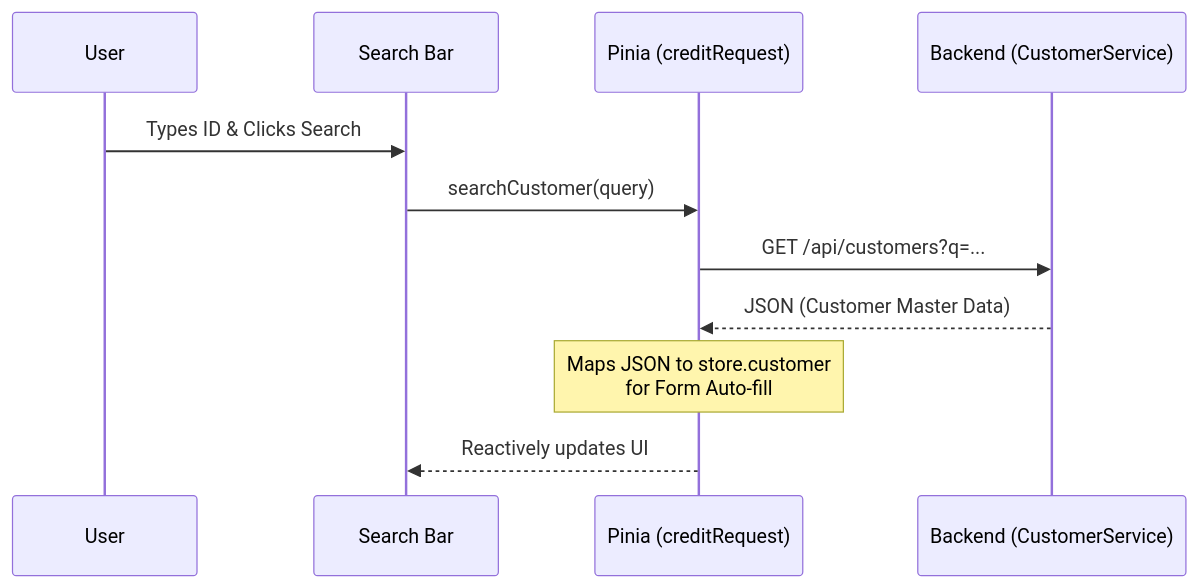
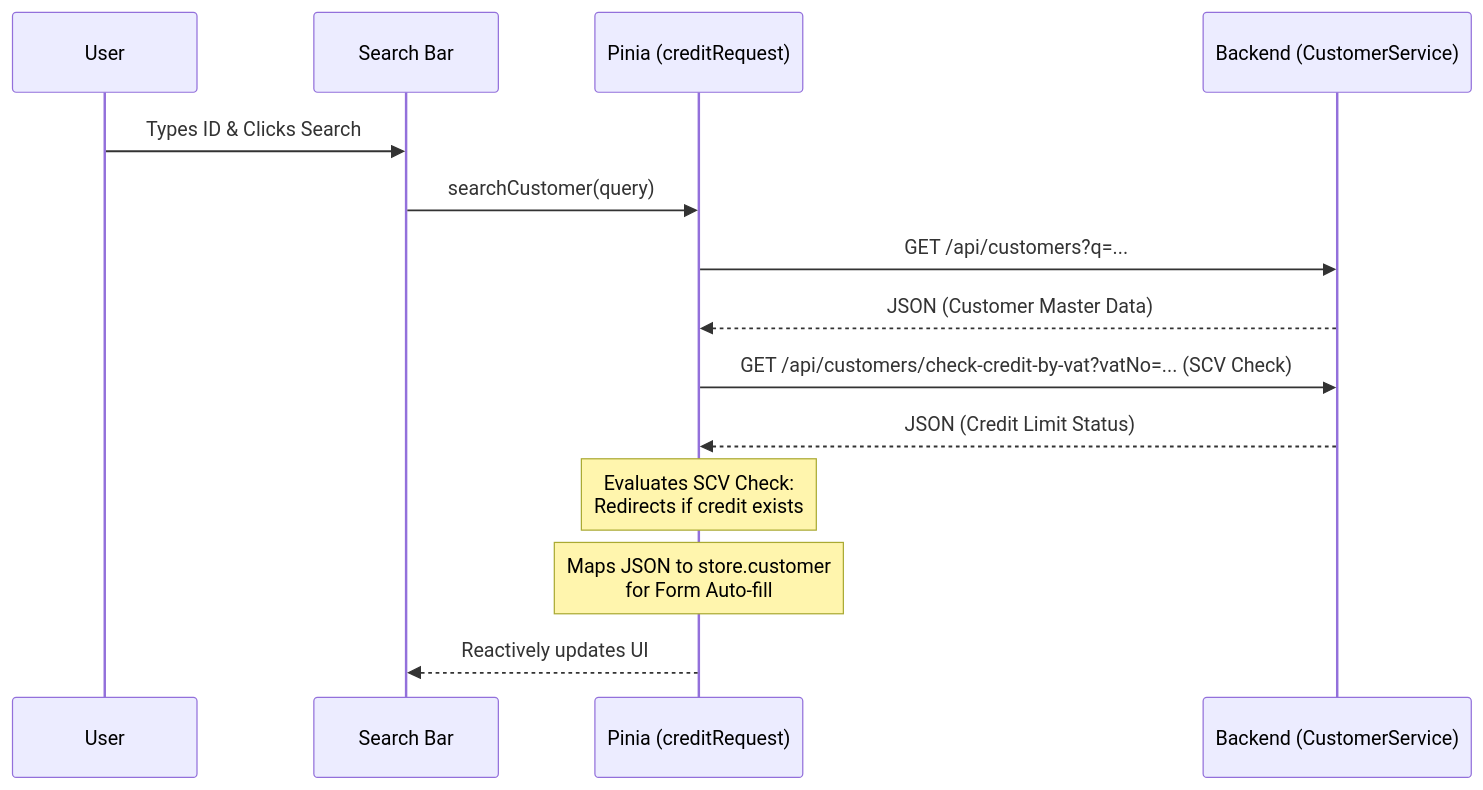
The second of 7 diagrams in docs/presentations/01_Create_Credit_Request.md (JinnawatJid/iNsightDocs), drawn with Mermaid before and after one commit. The commit also changed other lines of this file, not shown here.

First line of the commit message:
docs: update presentation script with SCV logic

````diff
--- a/docs/presentations/01_Create_Credit_Request.md
+++ b/docs/presentations/01_Create_Credit_Request.md
@@ -72,14 +72,17 @@
 ```mermaid
 sequenceDiagram
     participant User
     participant Component as Search Bar
     participant Store as Pinia (creditRequest)
     participant API as Backend (CustomerService)
 
     User->>Component: Types ID & Clicks Search
     Component->>Store: searchCustomer(query)
     Store->>API: GET /api/customers?q=...
     API-->>Store: JSON (Customer Master Data)
+    Store->>API: GET /api/customers/check-credit-by-vat?vatNo=... (SCV Check)
+    API-->>Store: JSON (Credit Limit Status)
+    Note over Store: Evaluates SCV Check:<br/>Redirects if credit exists
     Note over Store: Maps JSON to store.customer<br/>for Form Auto-fill
     Store-->>Component: Reactively updates UI
 ```
````
